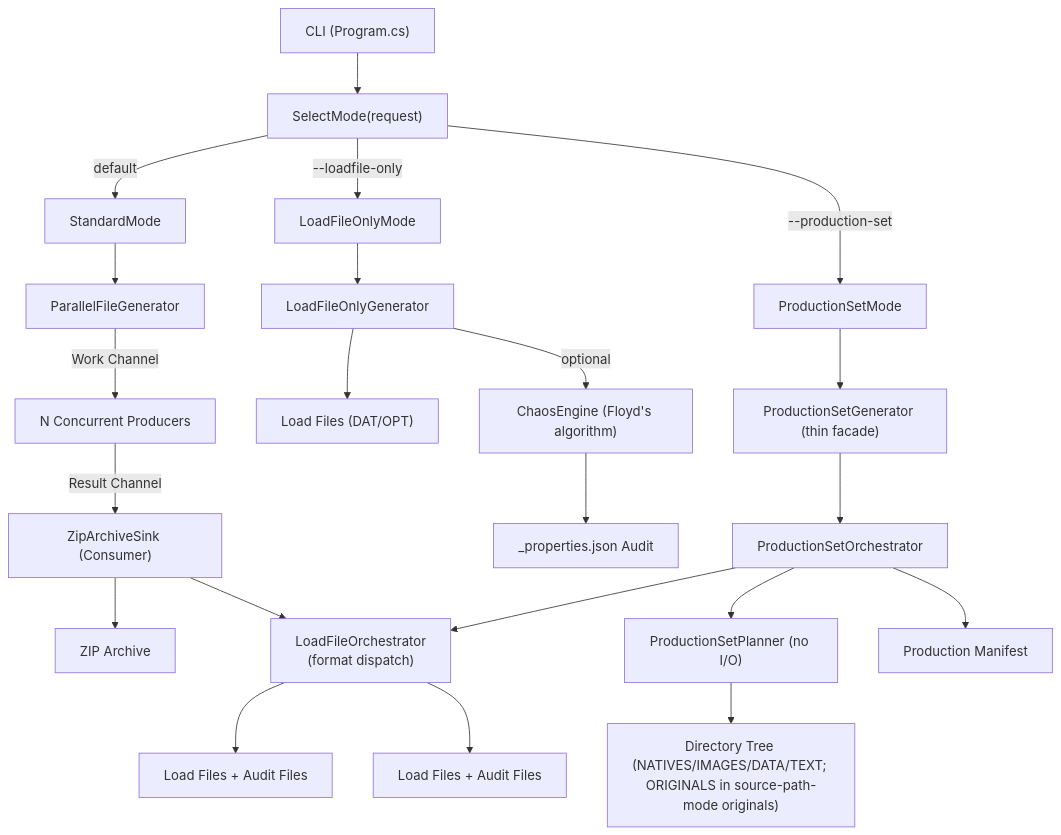
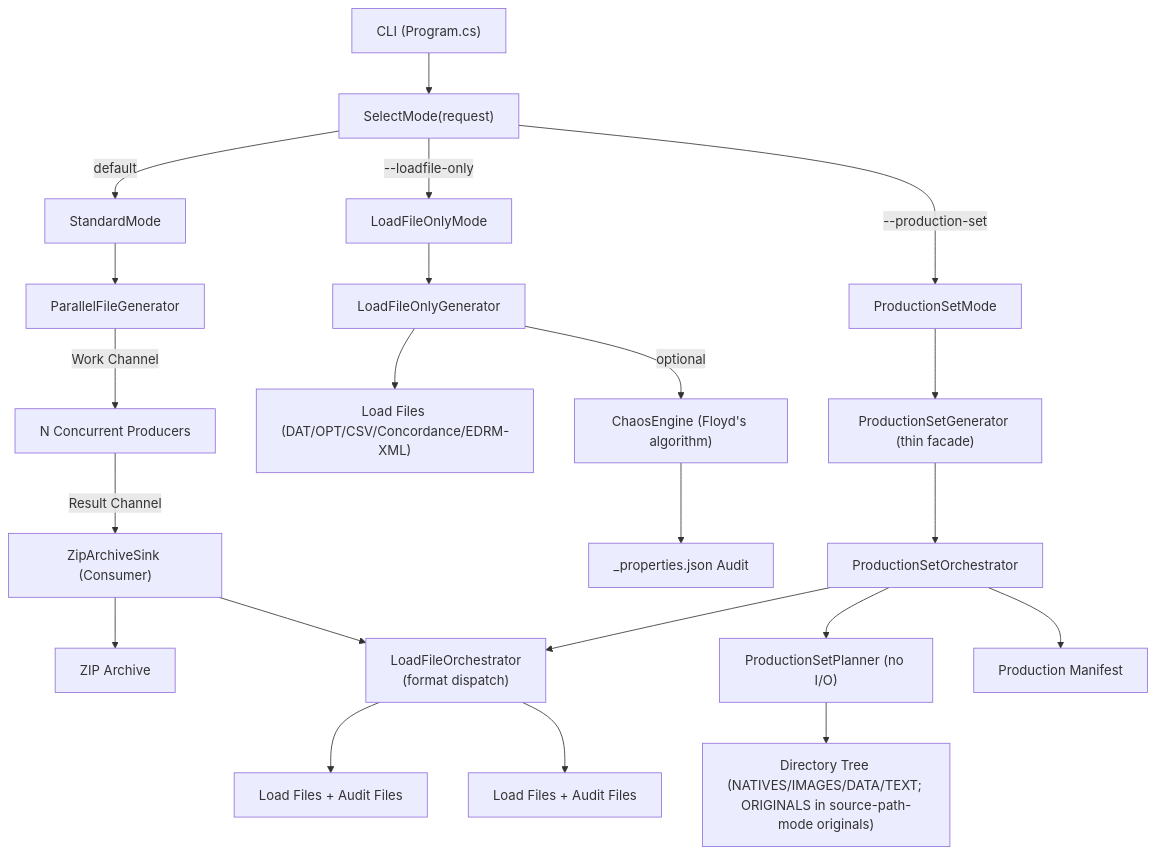
Before and after one commit to dwojtaszek/zipper: the first of 3 diagrams in docs/architecture.md, drawn with Mermaid. The commit also changed other lines of this file and 49 other files, not shown here.

First line of the commit message:
Chaos Engine: CSV/Concordance/EDRM-XML anomaly coverage (#1376)

````diff
--- a/docs/architecture.md
+++ b/docs/architecture.md
@@ -44,28 +44,28 @@
 ```mermaid
 graph TD
     CLI["CLI (Program.cs)"]
     CLI --> SelectMode["SelectMode(request)"]
     SelectMode -->|"default"| StandardMode["StandardMode"]
     SelectMode -->|"--loadfile-only"| LoadFileOnlyMode["LoadFileOnlyMode"]
     SelectMode -->|"--production-set"| ProductionSetMode["ProductionSetMode"]
 
     StandardMode --> PFG["ParallelFileGenerator"]
     PFG -->|"Work Channel"| Producers["N Concurrent Producers"]
     Producers -->|"Result Channel"| ZAS["ZipArchiveSink (Consumer)"]
     ZAS --> ZIP["ZIP Archive"]
     ZAS --> LFO["LoadFileOrchestrator<br/>(format dispatch)"]
     LFO --> LF1["Load Files + Audit Files"]
 
     LoadFileOnlyMode --> LOG["LoadFileOnlyGenerator"]
-    LOG --> LF2["Load Files (DAT/OPT)"]
+    LOG --> LF2["Load Files (DAT/OPT/CSV/Concordance/EDRM-XML)"]
     LOG -->|"optional"| Chaos["ChaosEngine (Floyd's algorithm)"]
     Chaos --> Audit["_properties.json Audit"]
 
     ProductionSetMode --> PSG["ProductionSetGenerator (thin facade)"]
     PSG --> PSO["ProductionSetOrchestrator"]
     PSO --> PSP["ProductionSetPlanner (no I/O)"]
     PSP --> Tree["Directory Tree (NATIVES/IMAGES/DATA/TEXT; ORIGINALS in source-path-mode originals)"]
     PSO --> LFO
     LFO --> LF3["Load Files + Audit Files"]
     PSO --> Manifest["Production Manifest"]
 ```
````
